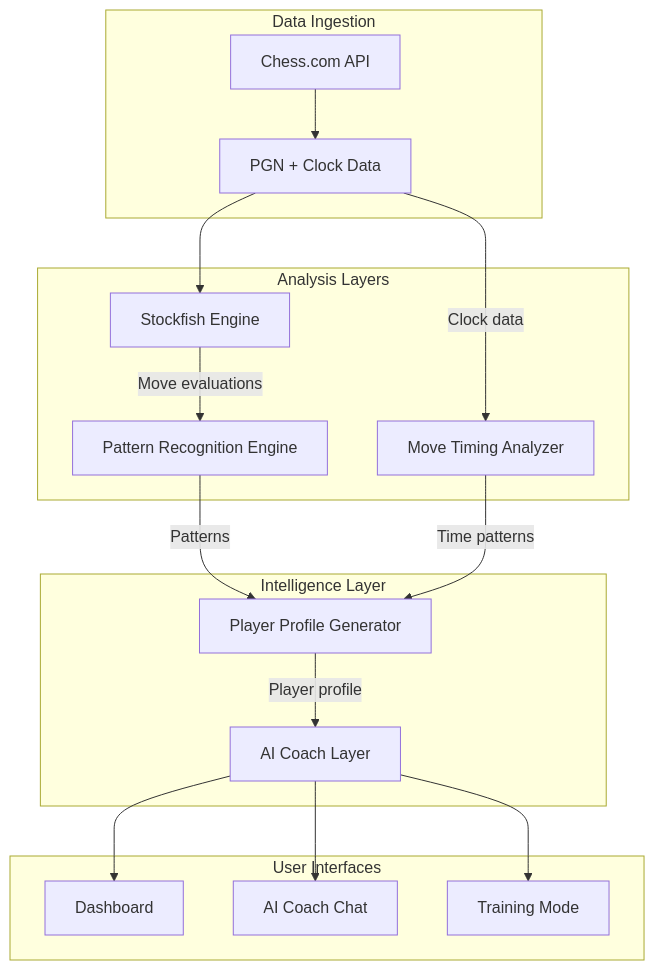
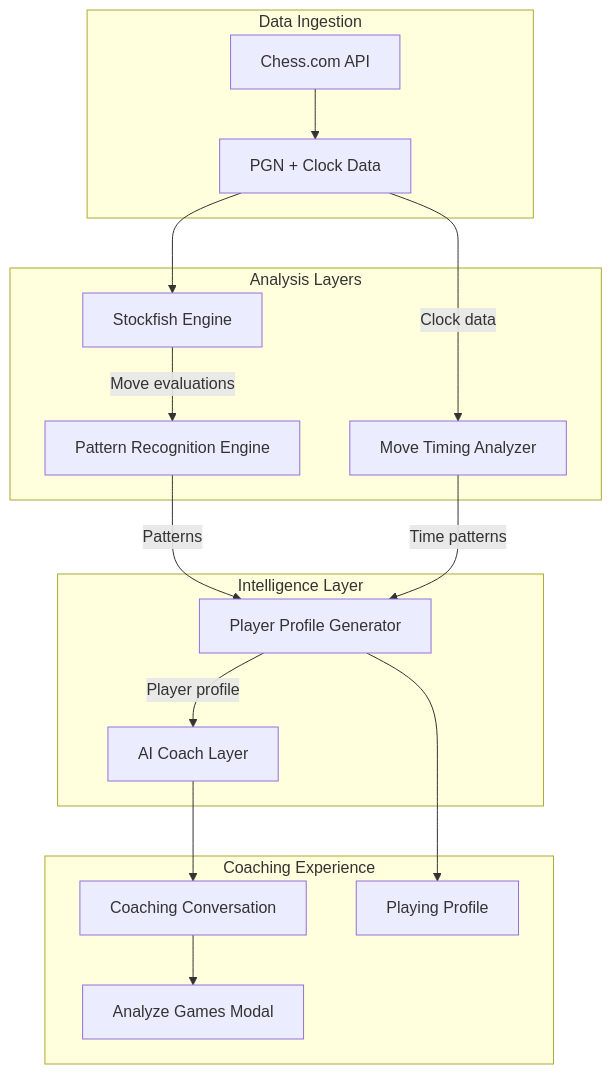
One commit to ArcnetLabs/chess-AI changed the first of 3 diagrams in docs/product/FRD_PRODUCT.md. Above: the diagram before and after it, drawn with Mermaid. The commit also changed other lines of this file and 85 other files, not shown here.

````diff
--- a/docs/product/FRD_PRODUCT.md
+++ b/docs/product/FRD_PRODUCT.md
@@ -521,35 +519,35 @@
 ```mermaid
 flowchart TB
     subgraph Input["Data Ingestion"]
         CC[Chess.com API]
         PGN[PGN + Clock Data]
     end
 
     subgraph Analysis["Analysis Layers"]
         SF[Stockfish Engine]
         PR[Pattern Recognition Engine]
         TIME[Move Timing Analyzer]
     end
 
     subgraph Intelligence["Intelligence Layer"]
         PP[Player Profile Generator]
         AI[AI Coach Layer]
     end
 
-    subgraph Output["User Interfaces"]
-        DASH[Dashboard]
-        CHAT[AI Coach Chat]
-        TRAIN[Training Mode]
+    subgraph Output["Coaching Experience"]
+        CHAT[Coaching Conversation]
+        PROFILE_UI[Playing Profile]
+        MODAL[Analyze Games Modal]
     end
 
     CC --> PGN
     PGN --> SF
     SF --> |Move evaluations| PR
     PGN --> |Clock data| TIME
     PR --> |Patterns| PP
     TIME --> |Time patterns| PP
     PP --> |Player profile| AI
-    AI --> DASH
     AI --> CHAT
-    AI --> TRAIN
+    PP --> PROFILE_UI
+    CHAT --> MODAL
 ```
````
